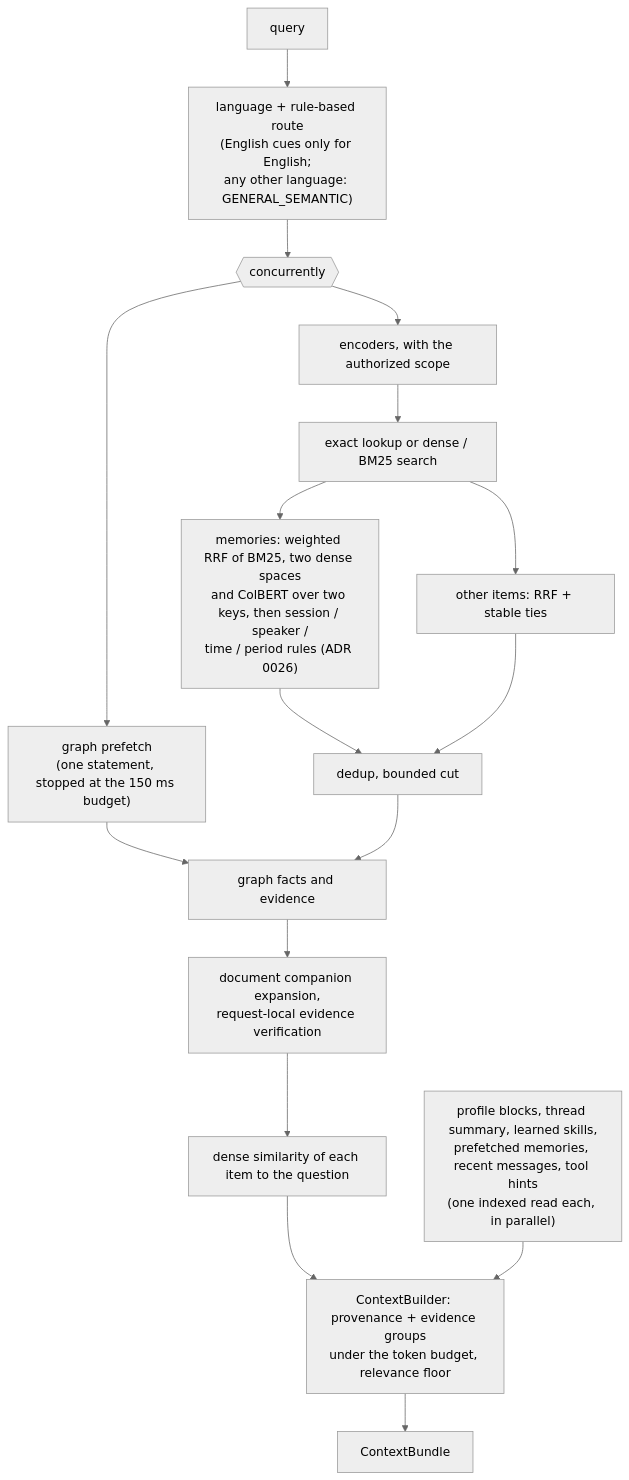
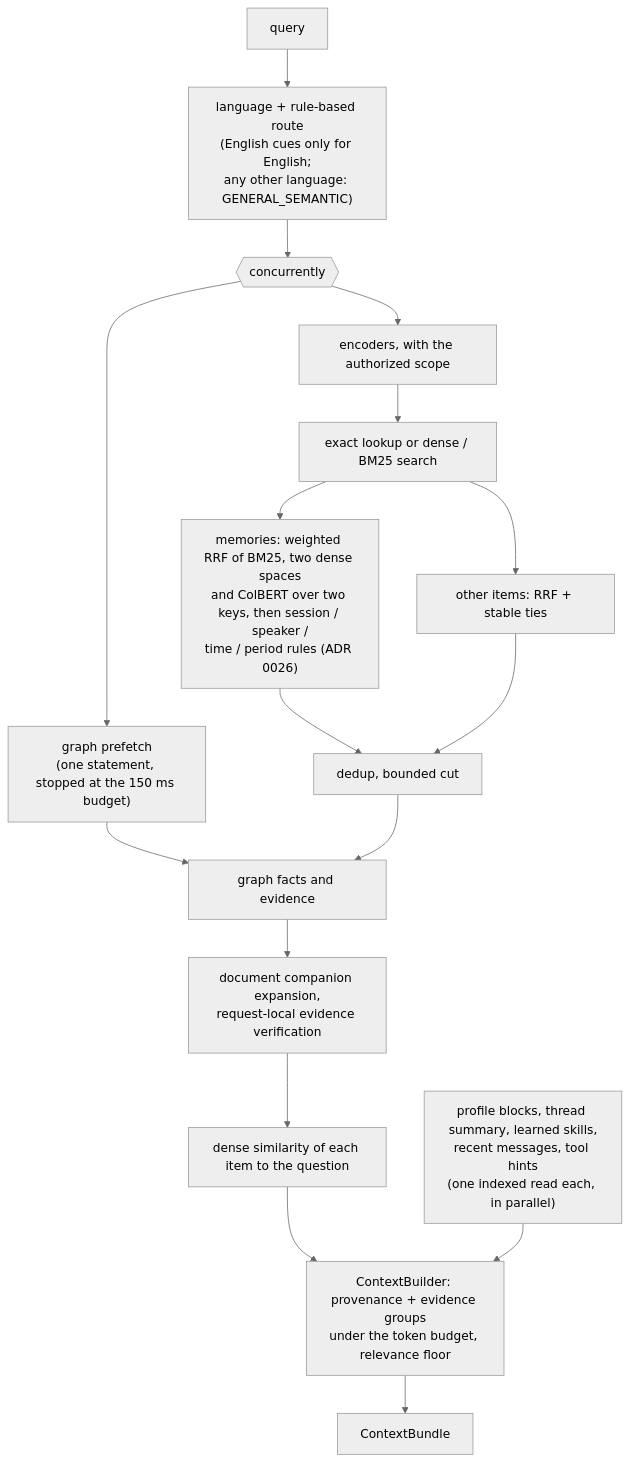
The sixth of 10 diagrams in docs/ARCHITECTURE.md (amitmohapatra/agent-memory-service), drawn with Mermaid (neutral theme) before and after one commit. The commit also changed other lines of this file and 56 other files, not shown here.

````diff
--- a/docs/ARCHITECTURE.md
+++ b/docs/ARCHITECTURE.md
@@ -167,19 +167,19 @@
 ```mermaid
 flowchart TB
   q[query] --> route["language + rule-based route<br/>(English cues only for English;<br/>any other language: GENERAL_SEMANTIC)"]
   route --> par{{"concurrently"}}
   par --> enc["encoders, with the authorized scope"]
   par --> gp["graph prefetch<br/>(one statement, stopped at the 150 ms budget)"]
   enc --> search["exact lookup or dense / BM25 search"]
   search --> mem["memories: weighted RRF of BM25, two dense spaces<br/>and ColBERT over two keys, then session / speaker /<br/>time / period rules (ADR 0026)"]
   search --> other["other items: RRF + stable ties"]
   mem --> cut[dedup, bounded cut]
   other --> cut
   gp --> gfx["graph facts and evidence"]
   cut --> gfx
   gfx --> comp["document companion expansion,<br/>request-local evidence verification"]
   comp --> sim["dense similarity of each item to the question"]
   sim --> pack["ContextBuilder: provenance + evidence groups<br/>under the token budget, relevance floor"]
-  side["profile blocks, thread summary, learned skills,<br/>prefetched memories, recent messages, tool hints<br/>(one indexed read each, in parallel)"] --> pack
+  side["profile blocks, thread summary, learned skills,<br/>recent messages, tool hints<br/>(one indexed read each, in parallel)"] --> pack
   pack --> bundle[ContextBundle]
 ```
````
